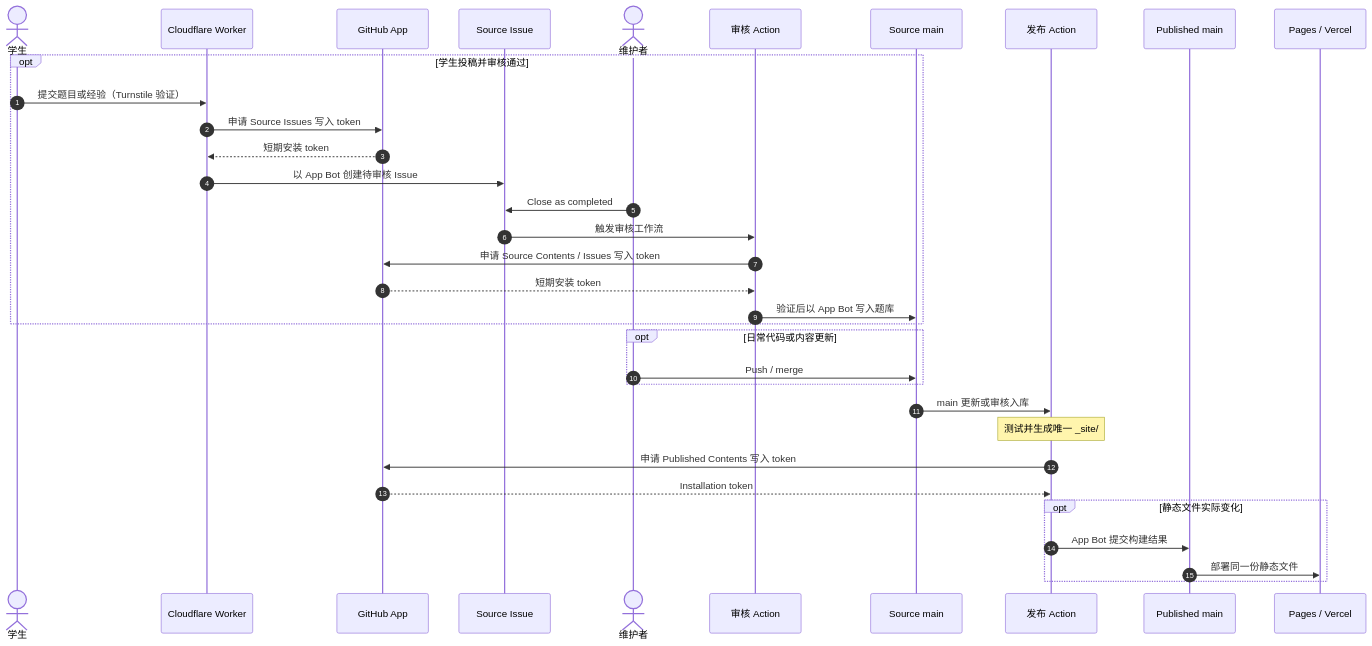
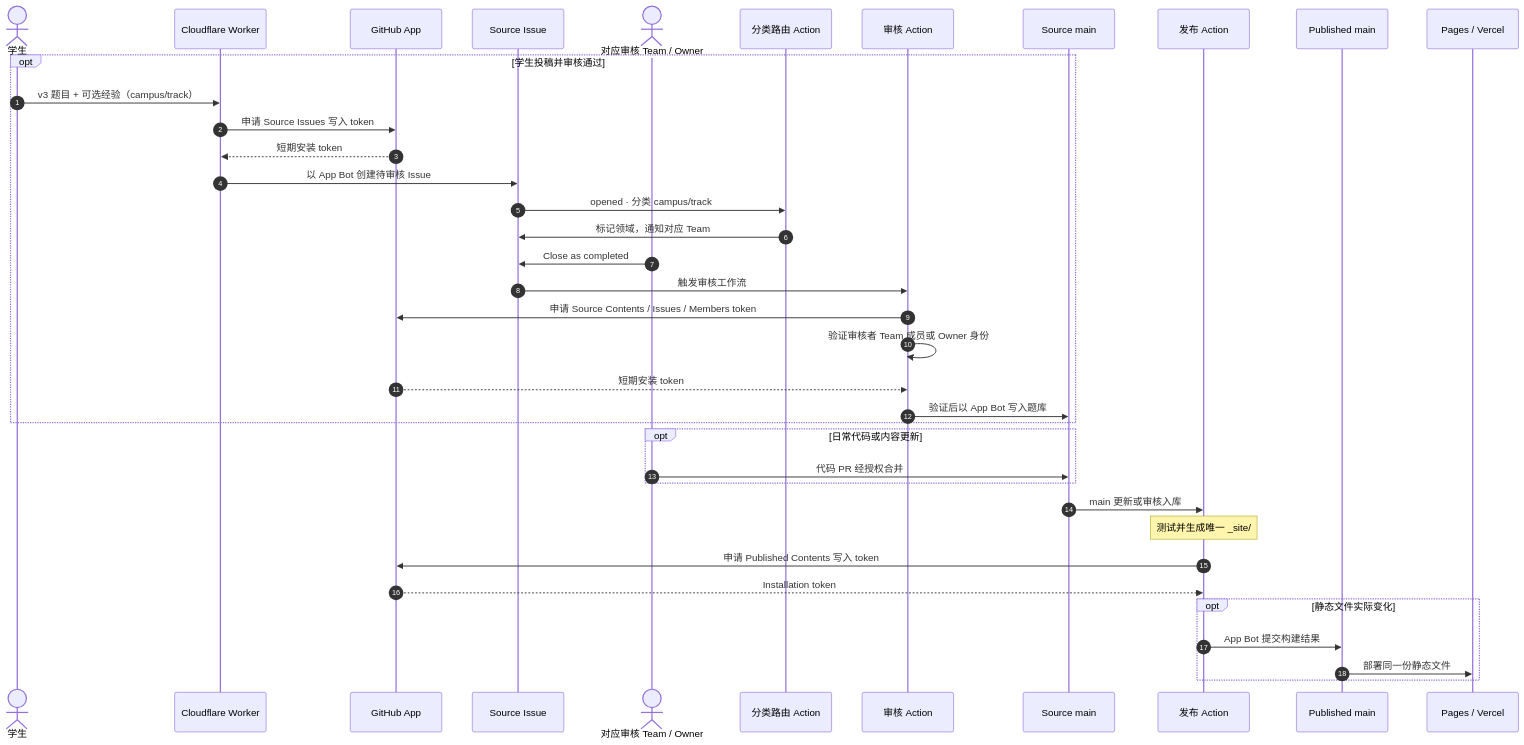
One commit to HKUST-ELPA/HKUST-ELPA changed the diagram in README.md. Above: the diagram before and after it, drawn with Mermaid. The commit also changed other lines of this file and 39 other files, not shown here.

First line of the commit message:
refactor: unify ELPA four-domain data and Team review (#92)

````diff
--- a/README.md
+++ b/README.md
@@ -59,37 +59,41 @@
 ```mermaid
 sequenceDiagram
     autonumber
     actor Student as 学生
     participant Worker as Cloudflare Worker
     participant App as GitHub App
     participant Issue as Source Issue
-    actor Maintainer as 维护者
+    actor Reviewer as 对应审核 Team / Owner
+    participant Routing as 分类路由 Action
     participant Review as 审核 Action
     participant Source as Source main
     participant Action as 发布 Action
     participant Published as Published main
     participant Hosts as Pages / Vercel
 
     opt 学生投稿并审核通过
-        Student->>Worker: 提交题目或经验（Turnstile 验证）
+        Student->>Worker: v3 题目 + 可选经验（campus/track）
         Worker->>App: 申请 Source Issues 写入 token
         App-->>Worker: 短期安装 token
         Worker->>Issue: 以 App Bot 创建待审核 Issue
-        Maintainer->>Issue: Close as completed
+        Issue->>Routing: opened · 分类 campus/track
+        Routing->>Issue: 标记领域，通知对应 Team
+        Reviewer->>Issue: Close as completed
         Issue->>Review: 触发审核工作流
-        Review->>App: 申请 Source Contents / Issues 写入 token
+        Review->>App: 申请 Source Contents / Issues / Members token
+        Review->>Review: 验证审核者 Team 成员或 Owner 身份
         App-->>Review: 短期安装 token
         Review->>Source: 验证后以 App Bot 写入题库
     end
     opt 日常代码或内容更新
-        Maintainer->>Source: Push / merge
+        Reviewer->>Source: 代码 PR 经授权合并
     end
     Source->>Action: main 更新或审核入库
     Note over Action: 测试并生成唯一 _site/
     Action->>App: 申请 Published Contents 写入 token
     App-->>Action: Installation token
     opt 静态文件实际变化
         Action->>Published: App Bot 提交构建结果
         Published->>Hosts: 部署同一份静态文件
     end
 ```
````
